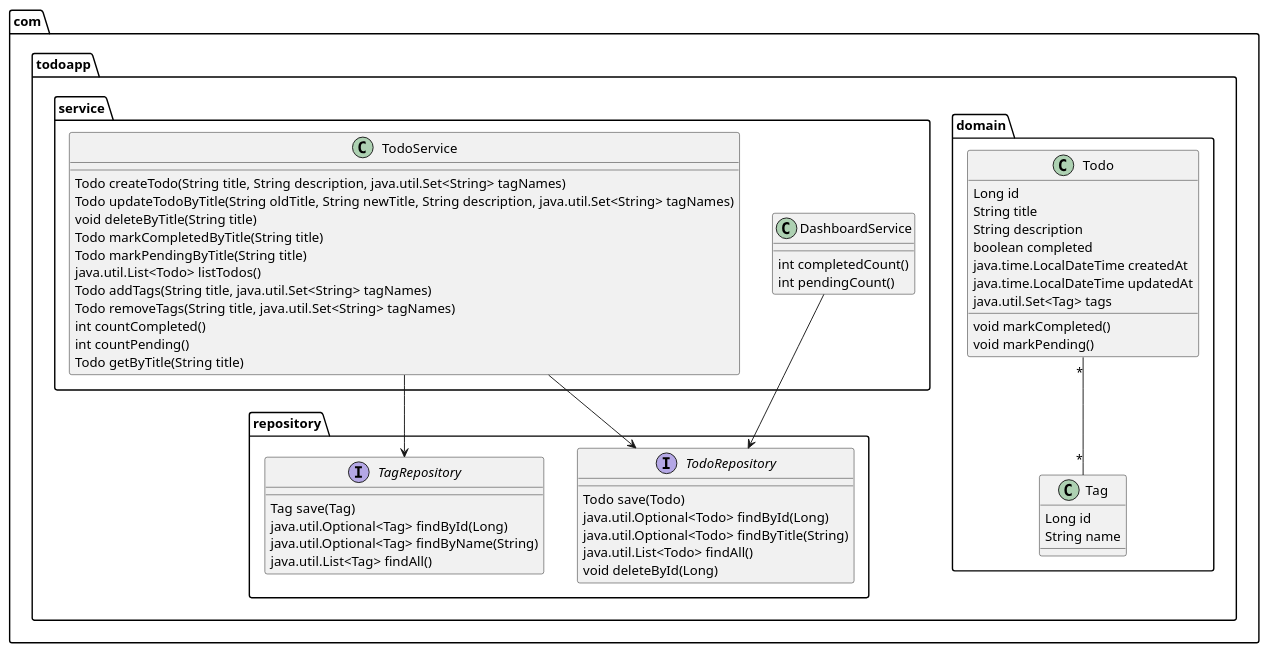
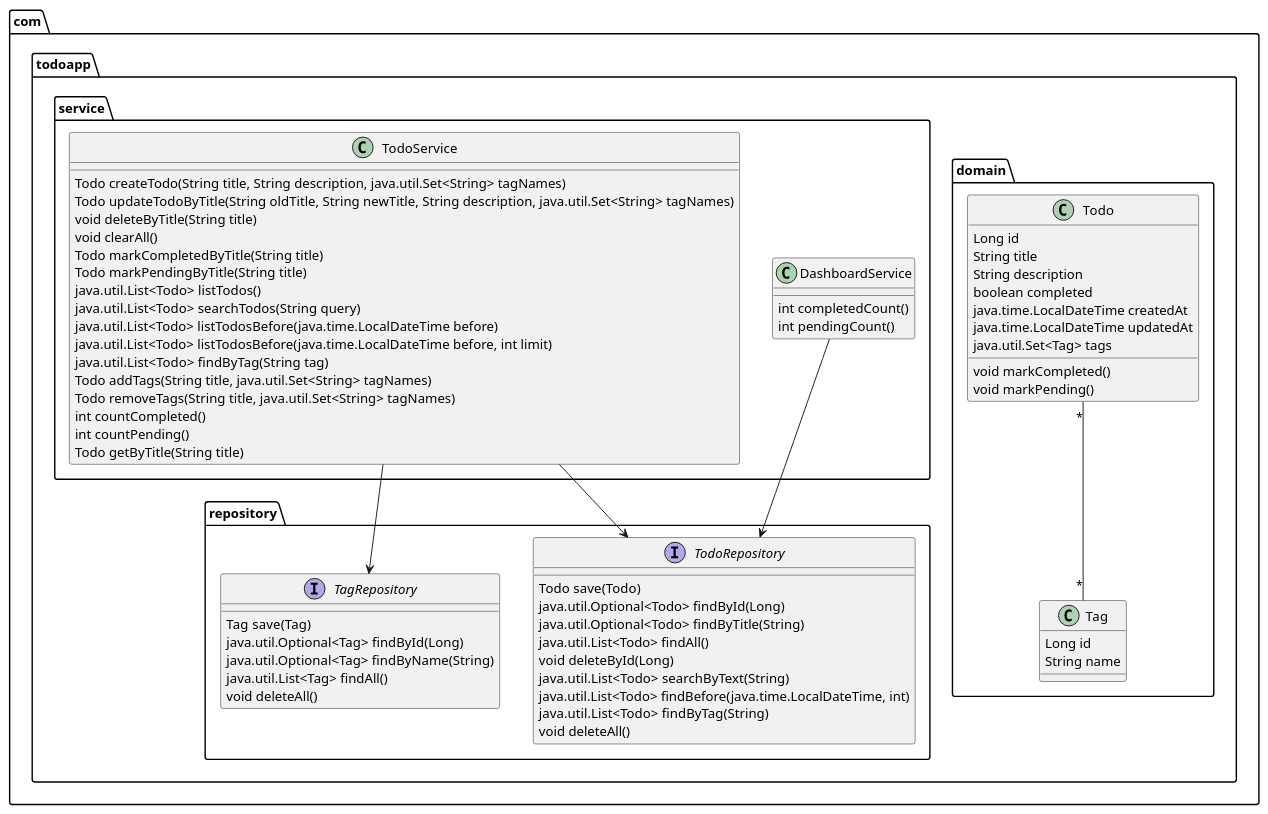
One commit to ISEP-Projects-JH/Todo changed the first of 3 diagrams in todo.puml. Above: the diagram before and after it, drawn with PlantUML. The commit also changed 2 other files, not shown here.

```diff
--- a/todo.puml
+++ b/todo.puml
@@ -1,64 +1,74 @@
 @startuml
 package "com.todoapp.domain" {
   class Todo {
     Long id
     String title
     String description
     boolean completed
     java.time.LocalDateTime createdAt
     java.time.LocalDateTime updatedAt
     java.util.Set<Tag> tags
     void markCompleted()
     void markPending()
   }
 
   class Tag {
     Long id
     String name
   }
 }
 
 package "com.todoapp.repository" {
   interface TodoRepository {
     Todo save(Todo)
     java.util.Optional<Todo> findById(Long)
     java.util.Optional<Todo> findByTitle(String)
     java.util.List<Todo> findAll()
     void deleteById(Long)
+    java.util.List<Todo> searchByText(String)
+    java.util.List<Todo> findBefore(java.time.LocalDateTime, int)
+    java.util.List<Todo> findByTag(String)
+    void deleteAll()
   }
 
   interface TagRepository {
     Tag save(Tag)
     java.util.Optional<Tag> findById(Long)
     java.util.Optional<Tag> findByName(String)
     java.util.List<Tag> findAll()
+    void deleteAll()
   }
 }
 
 package "com.todoapp.service" {
   class TodoService {
     Todo createTodo(String title, String description, java.util.Set<String> tagNames)
     Todo updateTodoByTitle(String oldTitle, String newTitle, String description, java.util.Set<String> tagNames)
     void deleteByTitle(String title)
+    void clearAll()
     Todo markCompletedByTitle(String title)
     Todo markPendingByTitle(String title)
     java.util.List<Todo> listTodos()
+    java.util.List<Todo> searchTodos(String query)
+    java.util.List<Todo> listTodosBefore(java.time.LocalDateTime before)
+    java.util.List<Todo> listTodosBefore(java.time.LocalDateTime before, int limit)
+    java.util.List<Todo> findByTag(String tag)
     Todo addTags(String title, java.util.Set<String> tagNames)
     Todo removeTags(String title, java.util.Set<String> tagNames)
     int countCompleted()
     int countPending()
     Todo getByTitle(String title)
   }
 
   class DashboardService {
     int completedCount()
     int pendingCount()
   }
 }
 
 TodoService --> TodoRepository
 TodoService --> TagRepository
 DashboardService --> TodoRepository
 
 Todo "*" -- "*" Tag
 @enduml
```
